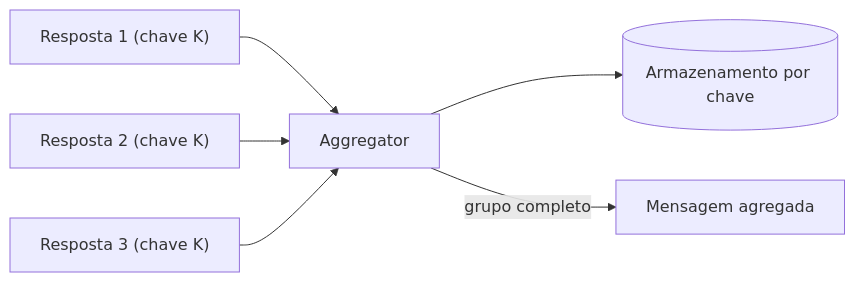
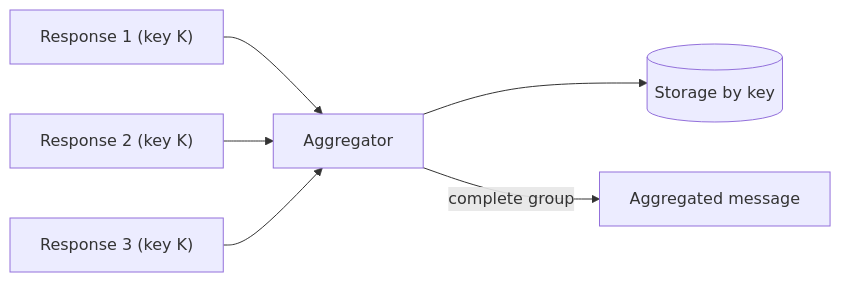
One commit to alancesar/design-patterns changed the diagram in docs/architecture/eip/message-routing/aggregator.md. Above: the diagram before and after it, drawn with Mermaid. The commit also changed 258 other files, not shown here.

First line of the commit message:
Translate Mermaid diagrams to English

````diff
--- a/docs/architecture/eip/message-routing/aggregator.md
+++ b/docs/architecture/eip/message-routing/aggregator.md
@@ -58,8 +58,8 @@
 ```mermaid
 flowchart LR
-    A["Resposta 1 (chave K)"] --> AG["Aggregator"]
-    B["Resposta 2 (chave K)"] --> AG
-    C["Resposta 3 (chave K)"] --> AG
-    AG --> S[("Armazenamento por chave")]
-    AG -->|"grupo completo"| O["Mensagem agregada"]
+    A["Response 1 (key K)"] --> AG["Aggregator"]
+    B["Response 2 (key K)"] --> AG
+    C["Response 3 (key K)"] --> AG
+    AG --> S[("Storage by key")]
+    AG -->|"complete group"| O["Aggregated message"]
 ```
````
